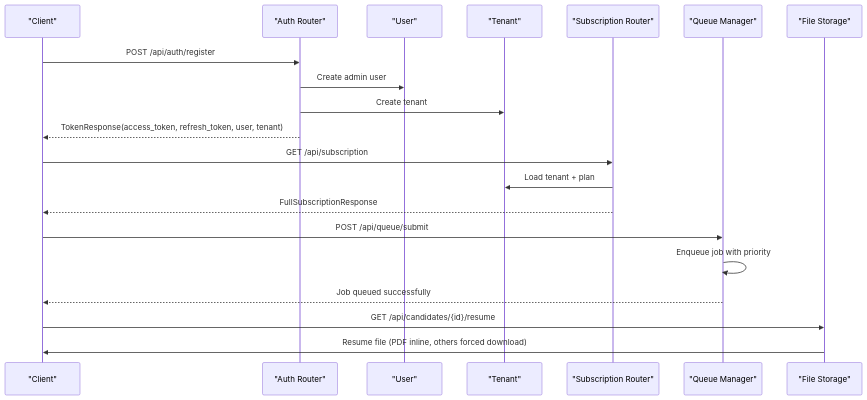
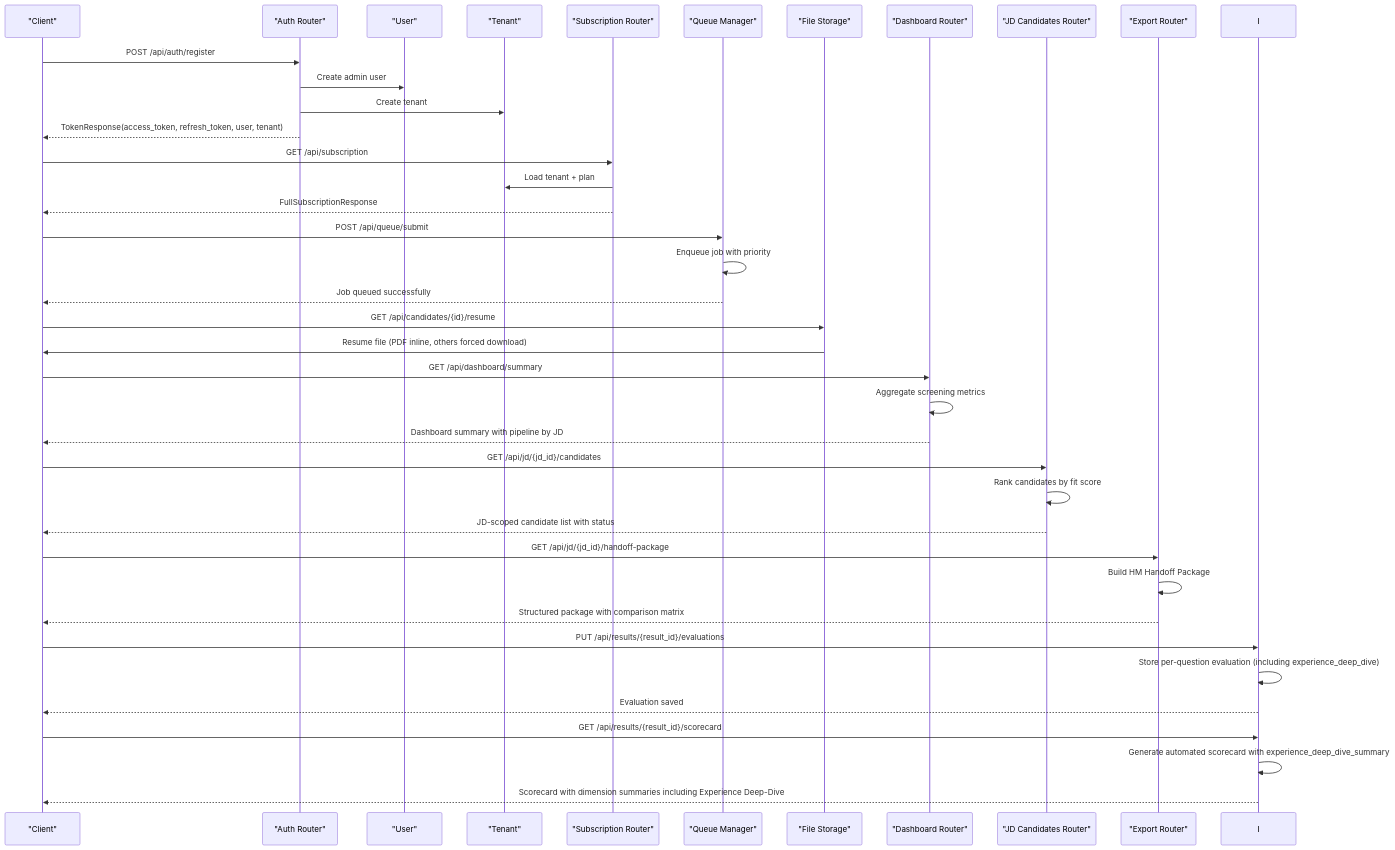
The second of 4 diagrams in .qoder/repowiki/en/content/API Reference/API Reference.md (Revanththetalogics/aireume), drawn with Mermaid before and after one commit. The commit also changed other lines of this file and 41 other files, not shown here.

````diff
--- a/.qoder/repowiki/en/content/API Reference/API Reference.md
+++ b/.qoder/repowiki/en/content/API Reference/API Reference.md
@@ -201,22 +262,40 @@
 ```mermaid
 sequenceDiagram
 participant C as "Client"
 participant A as "Auth Router"
 participant U as "User"
 participant T as "Tenant"
 participant S as "Subscription Router"
 participant Q as "Queue Manager"
 participant F as "File Storage"
+participant D as "Dashboard Router"
+participant J as "JD Candidates Router"
+participant E as "Export Router"
 C->>A : POST /api/auth/register
 A->>U : Create admin user
 A->>T : Create tenant
 A-->>C : TokenResponse(access_token, refresh_token, user, tenant)
 C->>S : GET /api/subscription
 S->>T : Load tenant + plan
 S-->>C : FullSubscriptionResponse
 C->>Q : POST /api/queue/submit
 Q->>Q : Enqueue job with priority
 Q-->>C : Job queued successfully
 C->>F : GET /api/candidates/{id}/resume
 F->>C : Resume file (PDF inline, others forced download)
+C->>D : GET /api/dashboard/summary
+D->>D : Aggregate screening metrics
+D-->>C : Dashboard summary with pipeline by JD
+C->>J : GET /api/jd/{jd_id}/candidates
+J->>J : Rank candidates by fit score
+J-->>C : JD-scoped candidate list with status
+C->>E : GET /api/jd/{jd_id}/handoff-package
+E->>E : Build HM Handoff Package
+E-->>C : Structured package with comparison matrix
+C->>I : PUT /api/results/{result_id}/evaluations
+I->>I : Store per-question evaluation (including experience_deep_dive)
+I-->>C : Evaluation saved
+C->>I : GET /api/results/{result_id}/scorecard
+I->>I : Generate automated scorecard with experience_deep_dive_summary
+I-->>C : Scorecard with dimension summaries including Experience Deep-Dive
 ```
````
